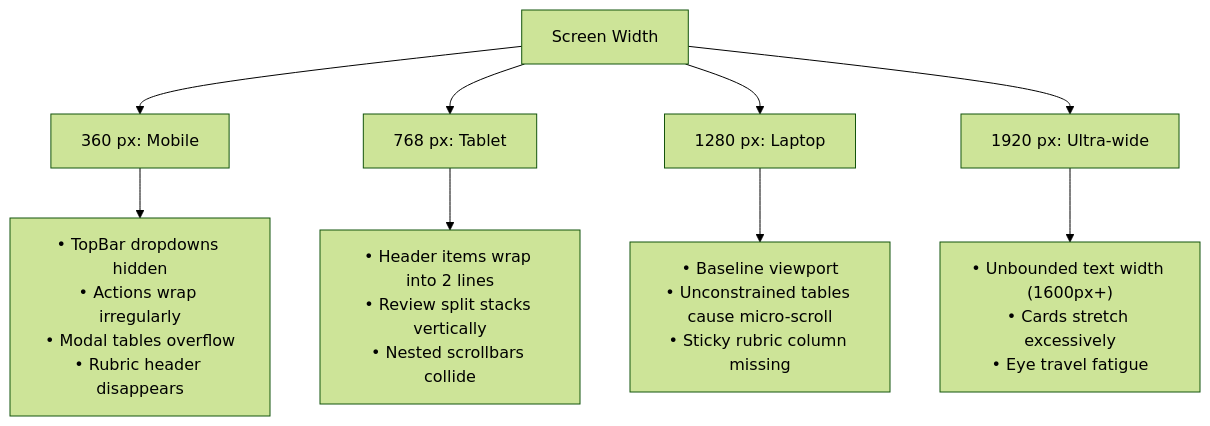
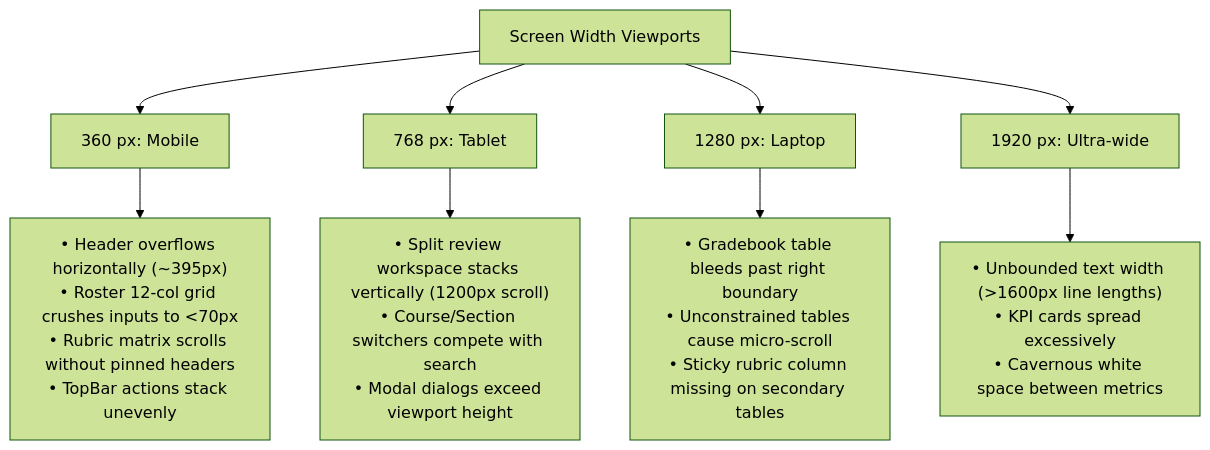
The diagram in docs/UX_AUDIT.md (Vivian-codez/assessment-project), drawn with Mermaid (forest theme) before and after one commit. The commit also changed other lines of this file and 9 other files, not shown here.

````diff
--- a/docs/UX_AUDIT.md
+++ b/docs/UX_AUDIT.md
@@ -30,12 +32,12 @@
 ```mermaid
 graph TD
-    A["Screen Width"] --> B["360 px: Mobile"]
+    A["Screen Width Viewports"] --> B["360 px: Mobile"]
     A --> C["768 px: Tablet"]
     A --> D["1280 px: Laptop"]
     A --> E["1920 px: Ultra-wide"]
 
-    B --> B1["• TopBar dropdowns hidden<br/>• Actions wrap irregularly<br/>• Modal tables overflow<br/>• Rubric header disappears"]
-    C --> C1["• Header items wrap into 2 lines<br/>• Review split stacks vertically<br/>• Nested scrollbars collide"]
-    D --> D1["• Baseline viewport<br/>• Unconstrained tables cause micro-scroll<br/>• Sticky rubric column missing"]
-    E --> E1["• Unbounded text width (1600px+)<br/>• Cards stretch excessively<br/>• Eye travel fatigue"]
+    B --> B1["• Header overflows horizontally (~395px)<br/>• Roster 12-col grid crushes inputs to <70px<br/>• Rubric matrix scrolls without pinned headers<br/>• TopBar actions stack unevenly"]
+    C --> C1["• Split review workspace stacks vertically (1200px scroll)<br/>• Course/Section switchers compete with search<br/>• Modal dialogs exceed viewport height"]
+    D --> D1["• Gradebook table bleeds past right boundary<br/>• Unconstrained tables cause micro-scroll<br/>• Sticky rubric column missing on secondary tables"]
+    E --> E1["• Unbounded text width (>1600px line lengths)<br/>• KPI cards spread excessively<br/>• Cavernous white space between metrics"]
 ```
````
